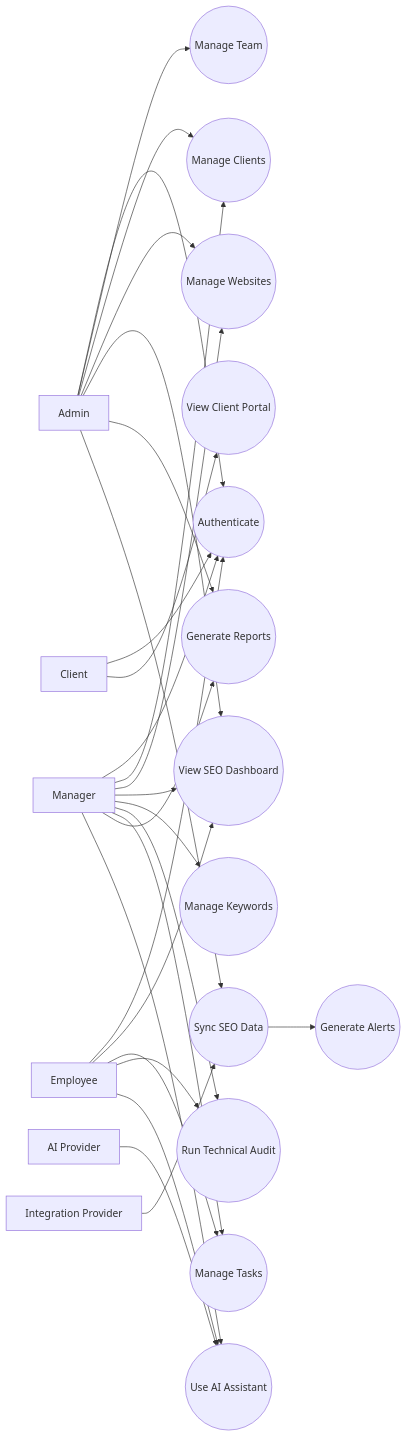
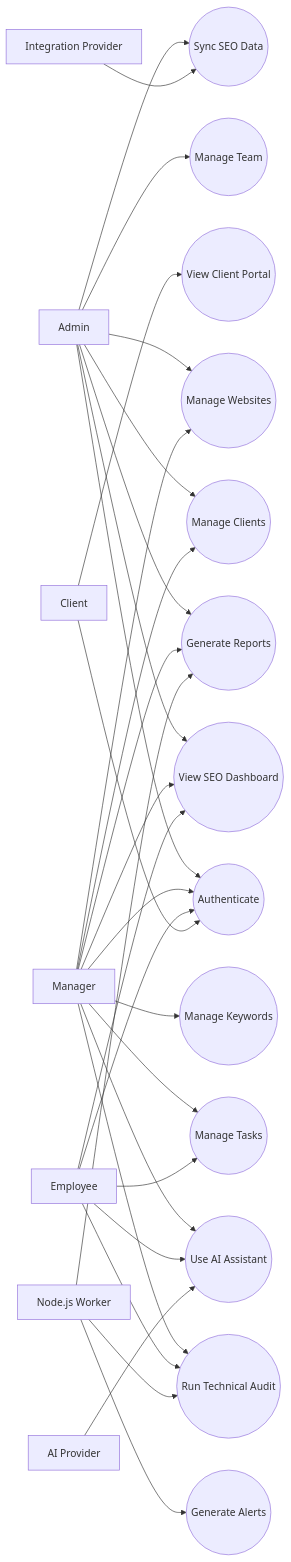
Before and after one commit to farhansldm/SLDM-seo: the second of 8 diagrams in features-use-cases-10-day-timeline.md, drawn with Mermaid. The commit also changed other lines of this file and 32 other files, not shown here.

````diff
--- a/features-use-cases-10-day-timeline.md
+++ b/features-use-cases-10-day-timeline.md
@@ -238,54 +308,57 @@
 ```mermaid
 flowchart LR
     Admin[Admin]
     Manager[Manager]
     Employee[Employee]
     Client[Client]
+    Worker[Node.js Worker]
     Integration[Integration Provider]
     AI[AI Provider]
 
     Auth((Authenticate))
     ManageTeam((Manage Team))
     ManageClients((Manage Clients))
     ManageWebsites((Manage Websites))
     ViewDashboard((View SEO Dashboard))
     ManageKeywords((Manage Keywords))
     RunAudit((Run Technical Audit))
     ManageTasks((Manage Tasks))
     GenerateReports((Generate Reports))
     ViewPortal((View Client Portal))
     UseAI((Use AI Assistant))
     SyncData((Sync SEO Data))
     GenerateAlerts((Generate Alerts))
 
     Admin --> Auth
     Admin --> ManageTeam
     Admin --> ManageClients
     Admin --> ManageWebsites
     Admin --> ViewDashboard
     Admin --> GenerateReports
     Admin --> SyncData
 
     Manager --> Auth
     Manager --> ManageClients
     Manager --> ManageWebsites
     Manager --> ViewDashboard
     Manager --> ManageKeywords
     Manager --> RunAudit
     Manager --> ManageTasks
     Manager --> GenerateReports
     Manager --> UseAI
 
     Employee --> Auth
     Employee --> ViewDashboard
     Employee --> ManageTasks
     Employee --> RunAudit
     Employee --> UseAI
 
     Client --> Auth
     Client --> ViewPortal
 
+    Worker --> RunAudit
+    Worker --> GenerateReports
+    Worker --> GenerateAlerts
     Integration --> SyncData
     AI --> UseAI
-    SyncData --> GenerateAlerts
 ```
````
